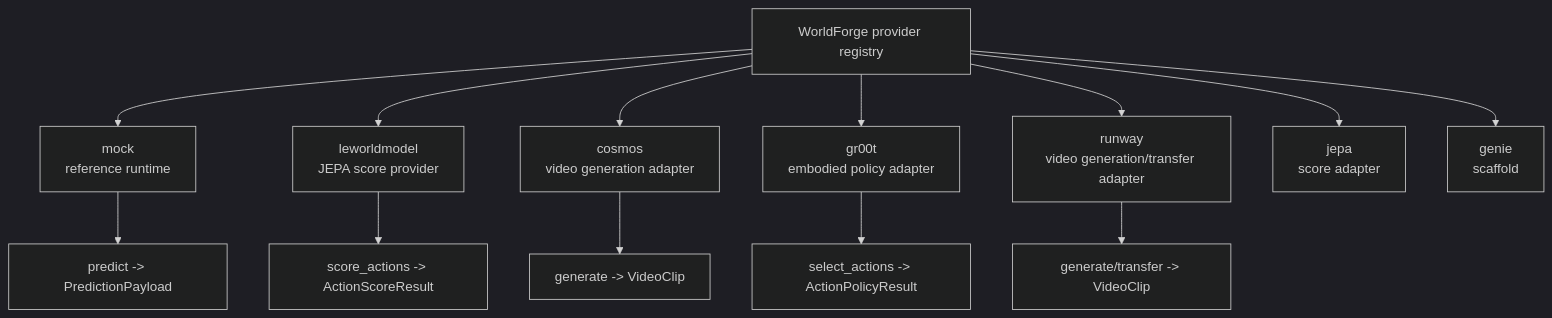
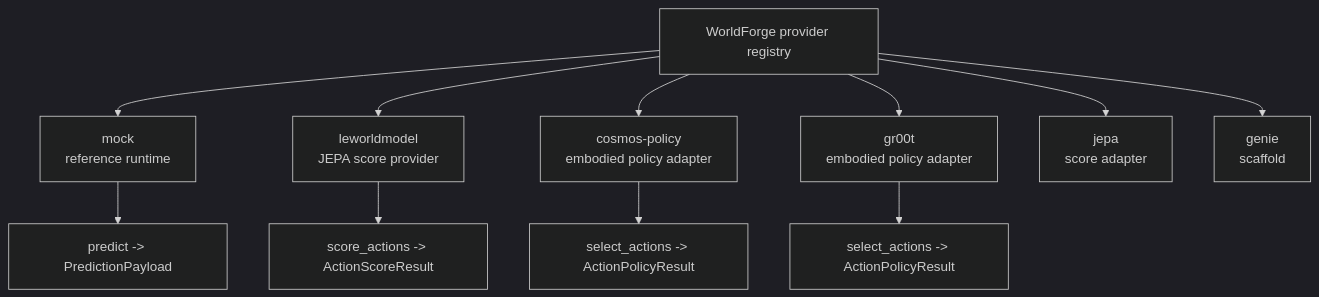
One commit to AbdelStark/worldforge changed the second of 2 diagrams in docs/src/world-model-taxonomy.zh.md. Above: the diagram before and after it, drawn with Mermaid (dark theme). The commit also changed other lines of this file and 344 other files, not shown here.

````diff
--- a/docs/src/world-model-taxonomy.zh.md
+++ b/docs/src/world-model-taxonomy.zh.md
@@ -259,17 +245,15 @@
 ```mermaid
 flowchart TD
     WF[WorldForge provider registry]
     WF --> Mock[mock\nreference runtime]
     WF --> LeWM[leworldmodel\nJEPA score provider]
-    WF --> Cosmos[cosmos\nvideo generation adapter]
+    WF --> CosmosPolicy[cosmos-policy\nembodied policy adapter]
     WF --> Groot[gr00t\nembodied policy adapter]
-    WF --> Runway[runway\nvideo generation/transfer adapter]
     WF --> JEPA[jepa\nscore adapter]
     WF --> Genie[genie\nscaffold]
 
     LeWM --> Score[score_actions -> ActionScoreResult]
-    Cosmos --> Generate[generate -> VideoClip]
+    CosmosPolicy --> CosmosPolicyAction[select_actions -> ActionPolicyResult]
     Groot --> Policy[select_actions -> ActionPolicyResult]
-    Runway --> Transfer[generate/transfer -> VideoClip]
     Mock --> Predict[predict -> PredictionPayload]
 ```
````
